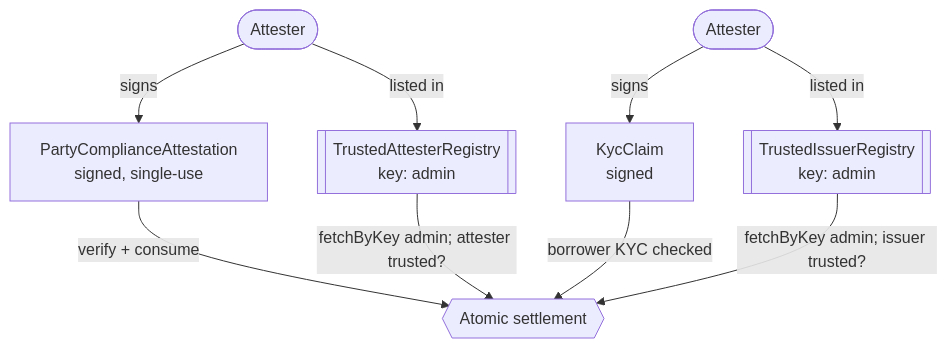
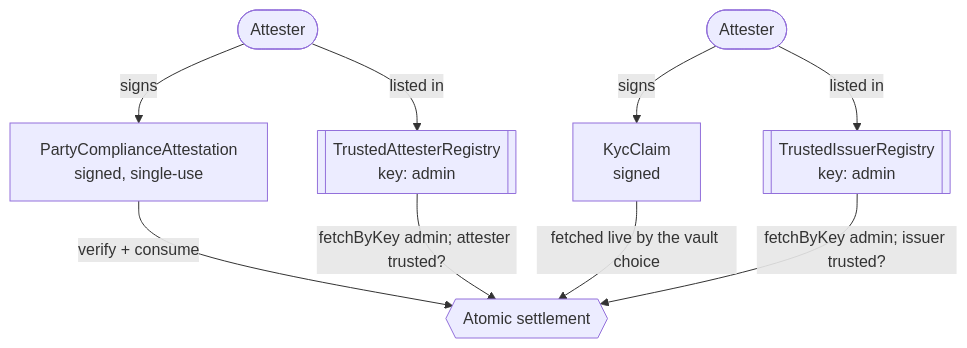
The first of 5 diagrams in docs/ri-reports/02-lending.md (OpenZeppelin/canton-specs), drawn with Mermaid before and after one commit. The commit also changed other lines of this file, not shown here.

````diff
--- a/docs/ri-reports/02-lending.md
+++ b/docs/ri-reports/02-lending.md
@@ -152,19 +154,19 @@
 ```mermaid
 flowchart TD
     Attester1([Attester])
     Attester2([Attester])
     AttReg[["TrustedAttesterRegistry<br/>key: admin"]]
     IssReg[["TrustedIssuerRegistry<br/>key: admin"]]
     Attn["PartyComplianceAttestation<br/>signed, single-use"]
     Kyc["KycClaim<br/>signed"]
     Settle{{Atomic settlement}}
 
     Attester1 -->|"listed in"| AttReg
     Attester2 -->|"listed in"| IssReg
     Attester1 -->|"signs"| Attn
     Attester2 -->|"signs"| Kyc
     Attn -->|"verify + consume"| Settle
     AttReg -->|"fetchByKey admin; attester trusted?"| Settle
-    Kyc -->|"borrower KYC checked"| Settle
+    Kyc -->|"fetched live by the vault choice"| Settle
     IssReg -->|"fetchByKey admin; issuer trusted?"| Settle
 ```
````
